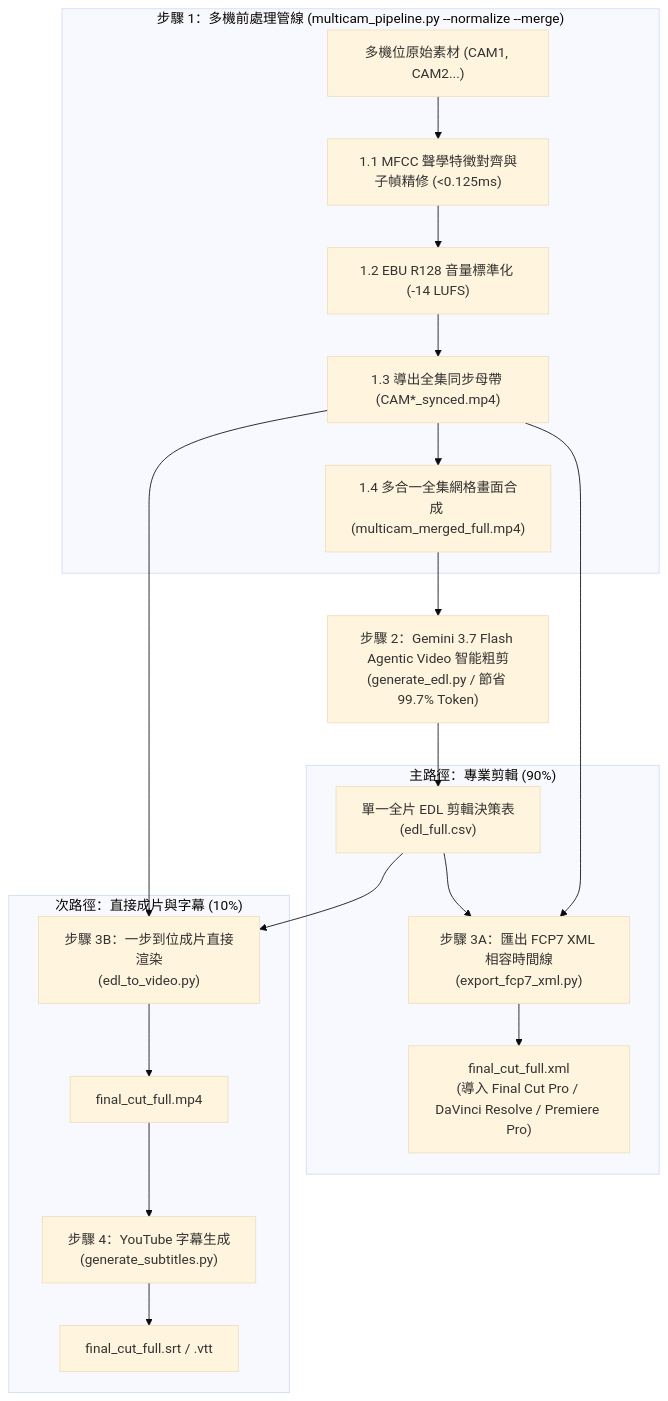
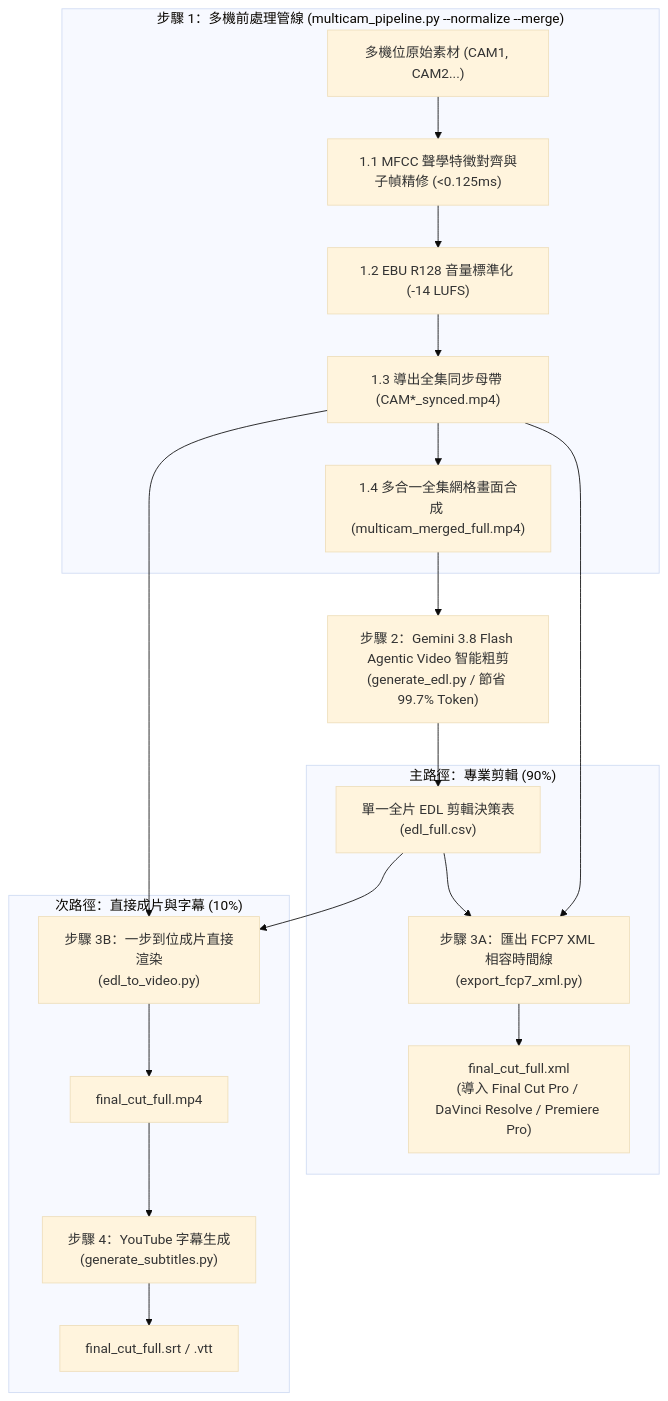
One commit to sylphlin/multicam-video-preprocessing changed the diagram in README.zh-TW.md. Above: the diagram before and after it, drawn with Mermaid (base theme). The commit also changed other lines of this file and 17 other files, not shown here.

Commit message:
feat: upgrade default model to Gemini 3.8 Flash & purge obsolete chapter splitting code

````diff
--- a/README.zh-TW.md
+++ b/README.zh-TW.md
@@ -54,26 +54,26 @@
 ```mermaid
 flowchart TD
     subgraph S1["步驟 1：多機前處理管線 (multicam_pipeline.py --normalize --merge)"]
         A["多機位原始素材 (CAM1, CAM2...)"] --> S1_1["1.1 MFCC 聲學特徵對齊與子幀精修 (<0.125ms)"]
         S1_1 --> S1_2["1.2 EBU R128 音量標準化 (-14 LUFS)"]
         S1_2 --> S1_3["1.3 導出全集同步母帶 (CAM*_synced.mp4)"]
         S1_3 --> S1_4["1.4 多合一全集網格畫面合成 (multicam_merged_full.mp4)"]
     end
 
-    S1_4 --> S2["步驟 2：Gemini 3.7 Flash Agentic Video 智能粗剪<br/>(generate_edl.py / 節省 99.7% Token)"]
+    S1_4 --> S2["步驟 2：Gemini 3.8 Flash Agentic Video 智能粗剪<br/>(generate_edl.py / 節省 99.7% Token)"]
     S2 --> EDL["單一全片 EDL 剪輯決策表<br/>(edl_full.csv)"]
 
     subgraph S3A["主路徑：專業剪輯 (90%)"]
         S1_3 --> S3A_ACT["步驟 3A：匯出 FCP7 XML 相容時間線<br/>(export_fcp7_xml.py)"]
         EDL --> S3A_ACT
         S3A_ACT --> XML["final_cut_full.xml<br/>(導入 Final Cut Pro / DaVinci Resolve / Premiere Pro)"]
     end
 
     subgraph S3B["次路徑：直接成片與字幕 (10%)"]
         S1_3 --> S3B_ACT["步驟 3B：一步到位成片直接渲染<br/>(edl_to_video.py)"]
         EDL --> S3B_ACT
         S3B_ACT --> MP4["final_cut_full.mp4"]
         MP4 --> S4["步驟 4：YouTube 字幕生成<br/>(generate_subtitles.py)"]
         S4 --> SRT["final_cut_full.srt / .vtt"]
     end
 ```
````
